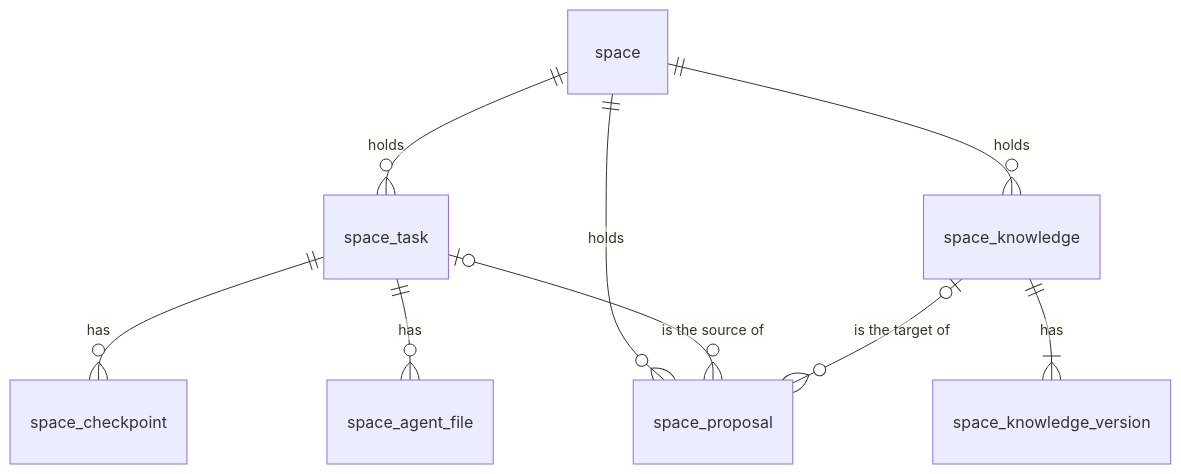
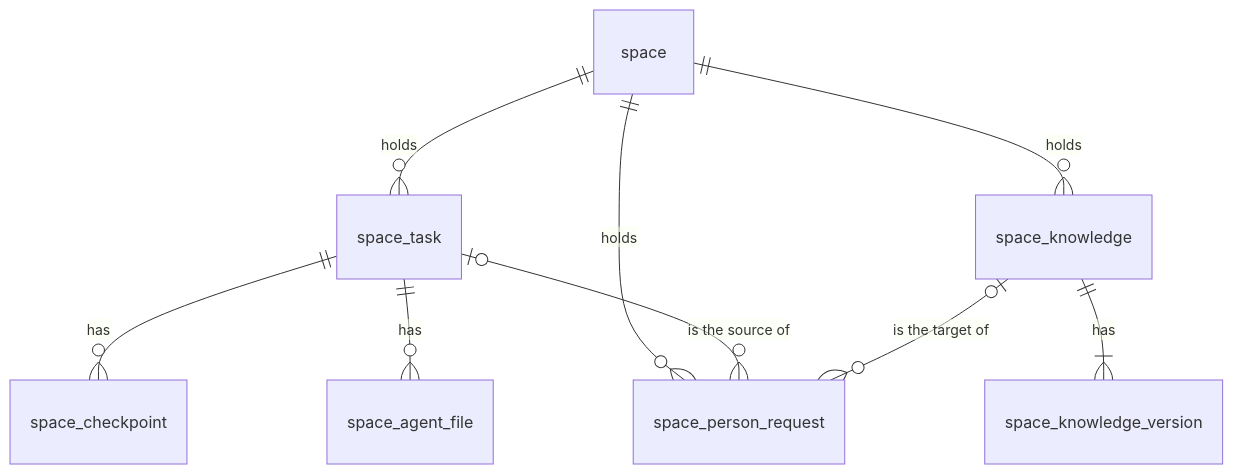
The diagram in lib/docs/architecture/data-model.md (lorebayai/lorebay), drawn with Mermaid before and after one commit. The commit also changed other lines of this file and 74 other files, not shown here.

````diff
--- a/lib/docs/architecture/data-model.md
+++ b/lib/docs/architecture/data-model.md
@@ -93,11 +93,11 @@
 ```mermaid
 erDiagram
     space ||--o{ space_task : "holds"
     space ||--o{ space_knowledge : "holds"
-    space ||--o{ space_proposal : "holds"
+    space ||--o{ space_person_request : "holds"
     space_task ||--o{ space_checkpoint : "has"
     space_task ||--o{ space_agent_file : "has"
-    space_task |o--o{ space_proposal : "is the source of"
+    space_task |o--o{ space_person_request : "is the source of"
     space_knowledge ||--|{ space_knowledge_version : "has"
-    space_knowledge |o--o{ space_proposal : "is the target of"
+    space_knowledge |o--o{ space_person_request : "is the target of"
 ```
````
